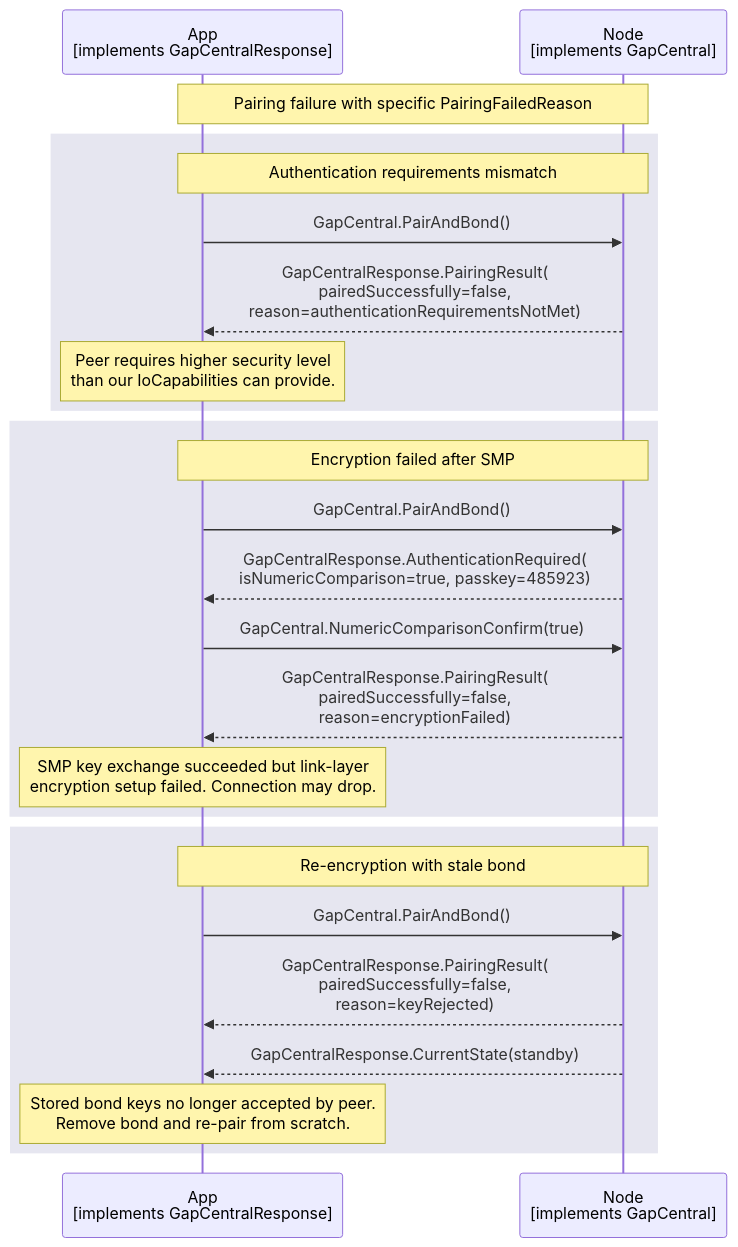
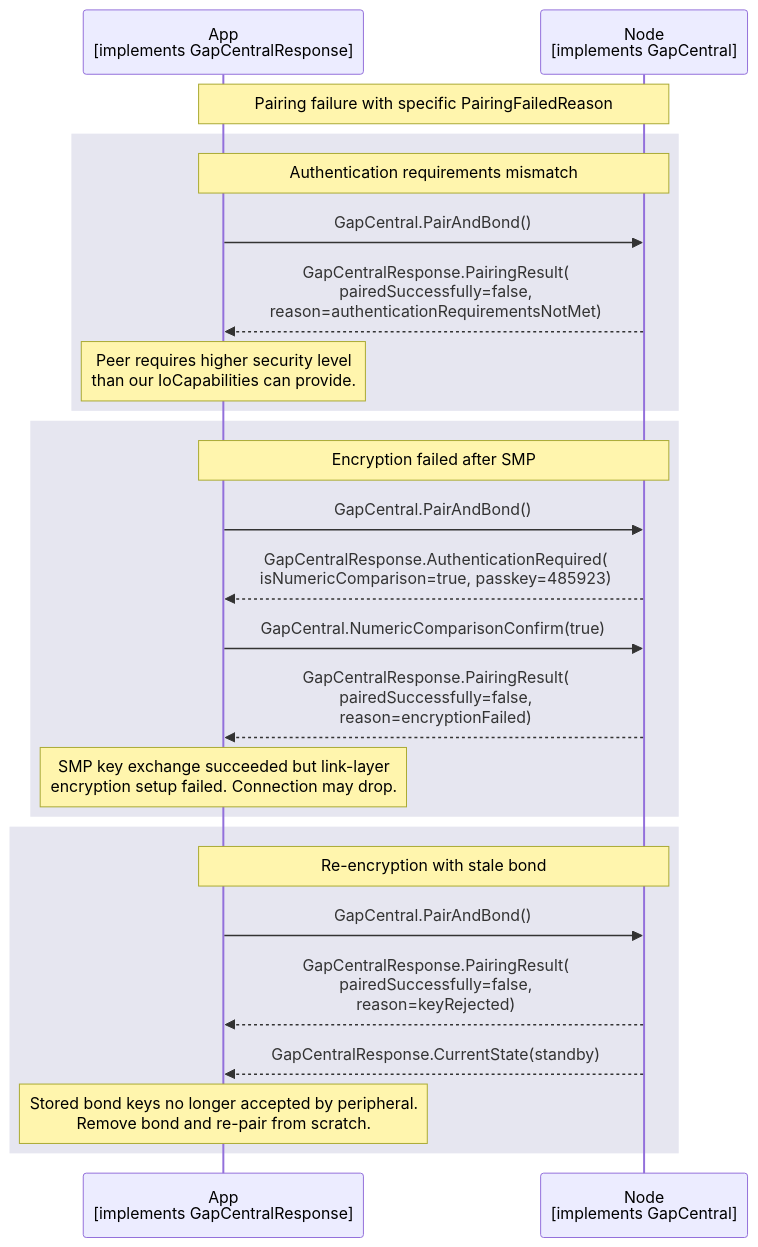
One commit to philips-software/amp-embedded-infra-lib changed the diagram in documents/modules/ROOT/partials/echoservices/gap_central/GapCentral_PairingFailureReasons_sequence.mmd. Above: the diagram before and after it, drawn with Mermaid. The commit also changed 32 other files, not shown here.

Commit message:
apply feedback on gap uml diagrams

```diff
--- a/documents/modules/ROOT/partials/echoservices/gap_central/GapCentral_PairingFailureReasons_sequence.mmd
+++ b/documents/modules/ROOT/partials/echoservices/gap_central/GapCentral_PairingFailureReasons_sequence.mmd
@@ -1,32 +1,32 @@
 sequenceDiagram
     participant App as App<br>[implements GapCentralResponse]
     participant Node as Node<br>[implements GapCentral]
 
     Note over App, Node: Pairing failure with specific PairingFailedReason
 
     rect rgb(230, 230, 240)
         note over App, Node: Authentication requirements mismatch
         App->>Node: GapCentral.PairAndBond()
         Node-->>App: GapCentralResponse.PairingResult(<br>pairedSuccessfully=false,<br>reason=authenticationRequirementsNotMet)
 
         Note over App: Peer requires higher security level<br>than our IoCapabilities can provide.
     end
 
     rect rgb(230, 230, 240)
         note over App, Node: Encryption failed after SMP
         App->>Node: GapCentral.PairAndBond()
         Node-->>App: GapCentralResponse.AuthenticationRequired(<br>isNumericComparison=true, passkey=485923)
         App->>Node: GapCentral.NumericComparisonConfirm(true)
         Node-->>App: GapCentralResponse.PairingResult(<br>pairedSuccessfully=false,<br>reason=encryptionFailed)
 
         Note over App: SMP key exchange succeeded but link-layer<br>encryption setup failed. Connection may drop.
     end
 
     rect rgb(230, 230, 240)
         note over App, Node: Re-encryption with stale bond
         App->>Node: GapCentral.PairAndBond()
         Node-->>App: GapCentralResponse.PairingResult(<br>pairedSuccessfully=false,<br>reason=keyRejected)
         Node-->>App: GapCentralResponse.CurrentState(standby)
 
-        Note over App: Stored bond keys no longer accepted by peer.<br>Remove bond and re-pair from scratch.
+        Note over App: Stored bond keys no longer accepted by peripheral.<br>Remove bond and re-pair from scratch.
     end
```
